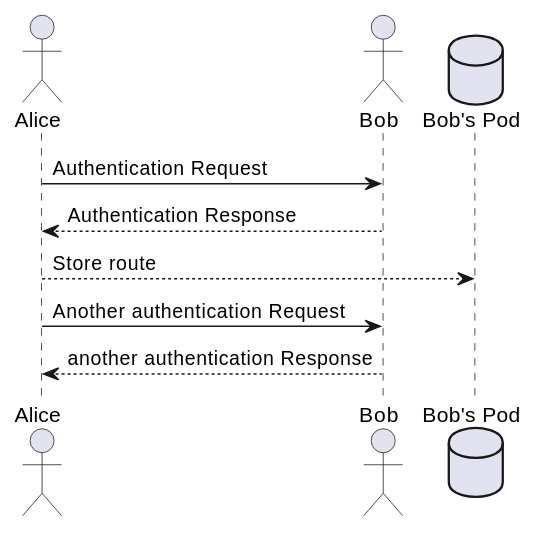
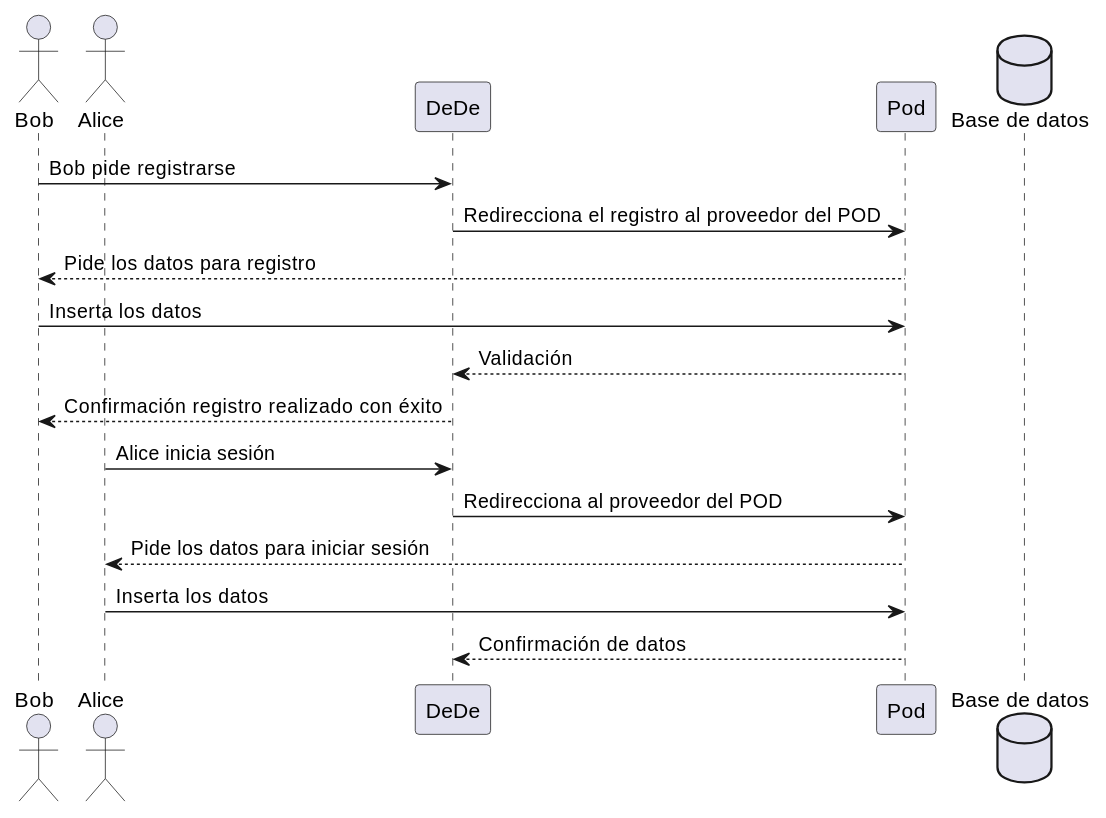
Before and after one commit to Arquisoft/dede_es6b_bis: the first of 4 diagrams in docs/06_runtime_view.adoc, drawn with PlantUML. The commit also changed other lines of this file and 134 other files, not shown here.

```diff
--- a/docs/06_runtime_view.adoc
+++ b/docs/06_runtime_view.adoc
@@ -42,11 +9,19 @@
-[plantuml,"Sequence diagram",png]
+[plantuml,"06_runtime_registro",png]
 ----
+actor Bob
 actor Alice
-actor Bob
-database Pod as "Bob's Pod"
-Alice -> Bob: Authentication Request
-Bob --> Alice: Authentication Response
-Alice  --> Pod: Store route
-Alice -> Bob: Another authentication Request
-Alice <-- Bob: another authentication Response
+participant DeDe
+participant Pod
+database bd as "Base de datos"
+Bob -> DeDe: Bob pide registrarse
+DeDe -> Pod: Redirecciona el registro al proveedor del POD
+Bob <-- Pod: Pide los datos para registro
+Bob -> Pod: Inserta los datos
+DeDe <-- Pod: Validación
+Bob <-- DeDe: Confirmación registro realizado con éxito
+Alice -> DeDe: Alice inicia sesión 
+DeDe -> Pod: Redirecciona al proveedor del POD
+Alice <-- Pod: Pide los datos para iniciar sesión
+Alice -> Pod: Inserta los datos
+DeDe <-- Pod: Confirmación de datos
 ----
```
